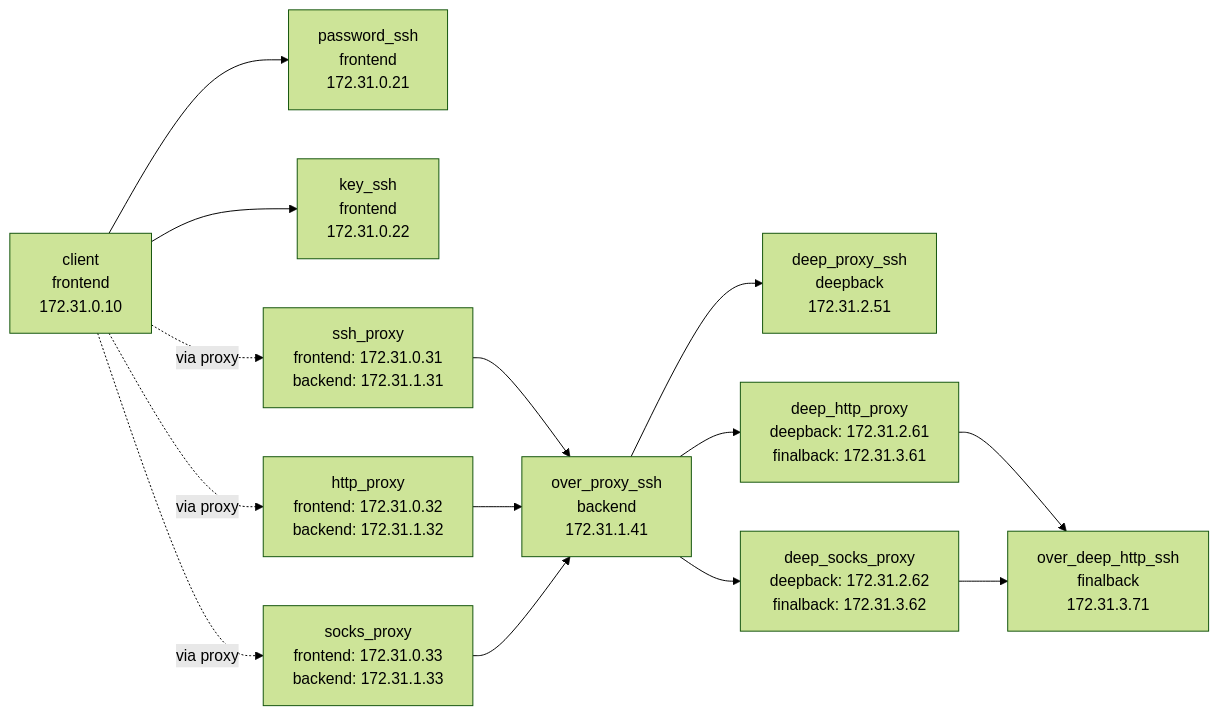
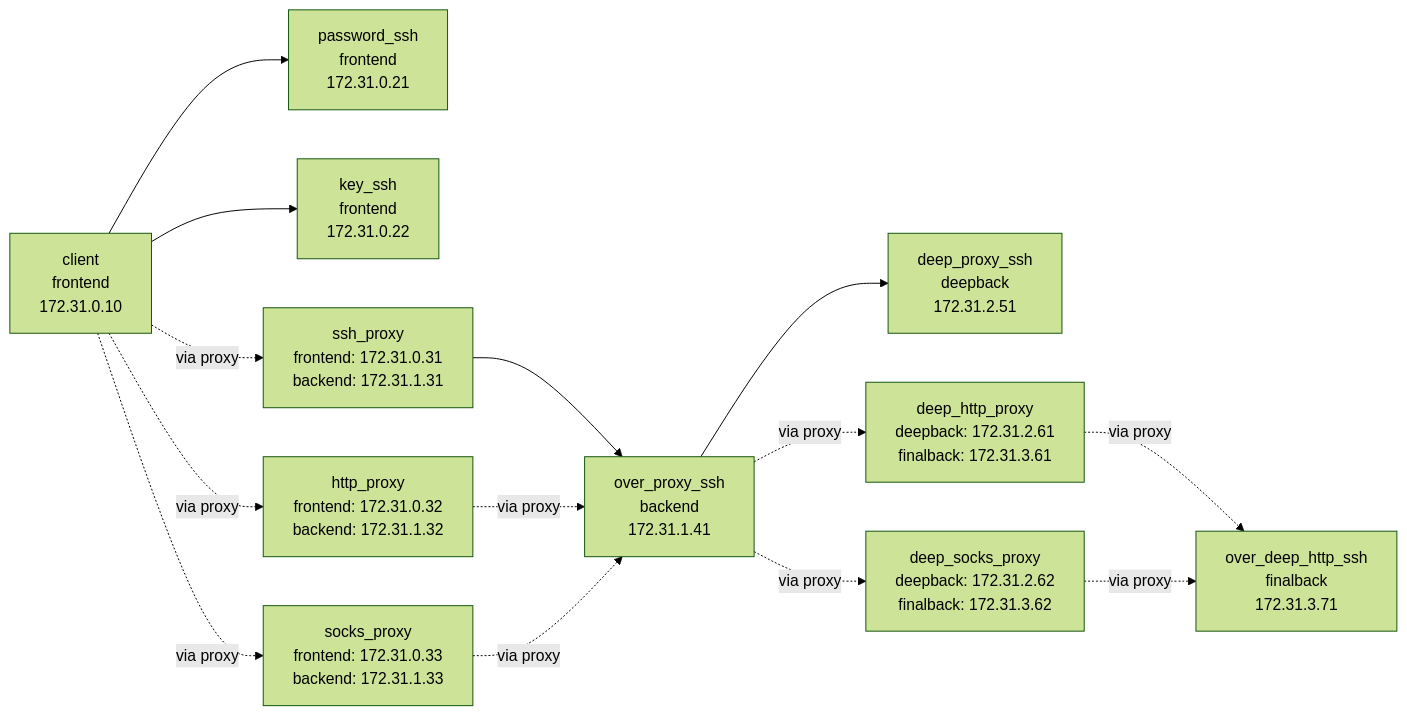
Before and after one commit to blacknon/lssh: the diagram in demo/README.md, drawn with Mermaid (forest theme).

Commit message:
update demo

````diff
--- a/demo/README.md
+++ b/demo/README.md
@@ -22,52 +22,52 @@
 ```mermaid
 flowchart LR
     client["client
 frontend
 172.31.0.10"]
     password_ssh["password_ssh
 frontend
 172.31.0.21"]
     key_ssh["key_ssh
 frontend
 172.31.0.22"]
     over_proxy_ssh["over_proxy_ssh
 backend
 172.31.1.41"]
     deep_proxy_ssh["deep_proxy_ssh
 deepback
 172.31.2.51"]
     deep_http_proxy["deep_http_proxy
 deepback: 172.31.2.61
 finalback: 172.31.3.61"]
     deep_socks_proxy["deep_socks_proxy
 deepback: 172.31.2.62
 finalback: 172.31.3.62"]
     over_deep_http_ssh["over_deep_http_ssh
 finalback
 172.31.3.71"]
 
     ssh_proxy["ssh_proxy
 frontend: 172.31.0.31
 backend: 172.31.1.31"]
     http_proxy["http_proxy
 frontend: 172.31.0.32
 backend: 172.31.1.32"]
     socks_proxy["socks_proxy
 frontend: 172.31.0.33
 backend: 172.31.1.33"]
 
     client --> password_ssh
     client --> key_ssh
     client -. via proxy .-> ssh_proxy
     client -. via proxy .-> http_proxy
     client -. via proxy .-> socks_proxy
 
     ssh_proxy --> over_proxy_ssh
-    http_proxy --> over_proxy_ssh
-    socks_proxy --> over_proxy_ssh
+    http_proxy -. via proxy .->  over_proxy_ssh
+    socks_proxy -. via proxy .->  over_proxy_ssh
     over_proxy_ssh --> deep_proxy_ssh
-    over_proxy_ssh --> deep_http_proxy
-    over_proxy_ssh --> deep_socks_proxy
-    deep_http_proxy --> over_deep_http_ssh
-    deep_socks_proxy --> over_deep_http_ssh
+    over_proxy_ssh -. via proxy .->  deep_http_proxy
+    over_proxy_ssh -. via proxy .->  deep_socks_proxy
+    deep_http_proxy -. via proxy .->  over_deep_http_ssh
+    deep_socks_proxy -. via proxy .->  over_deep_http_ssh
 ```
````
